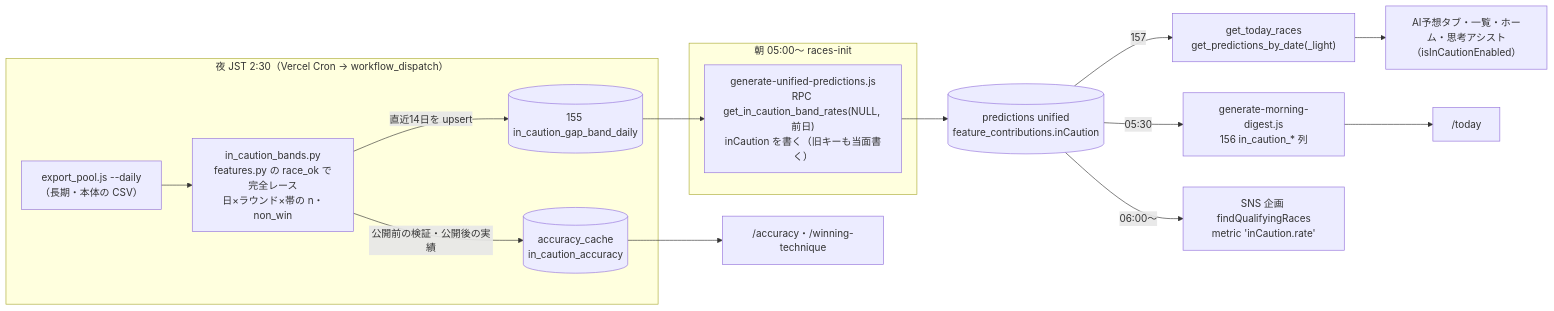
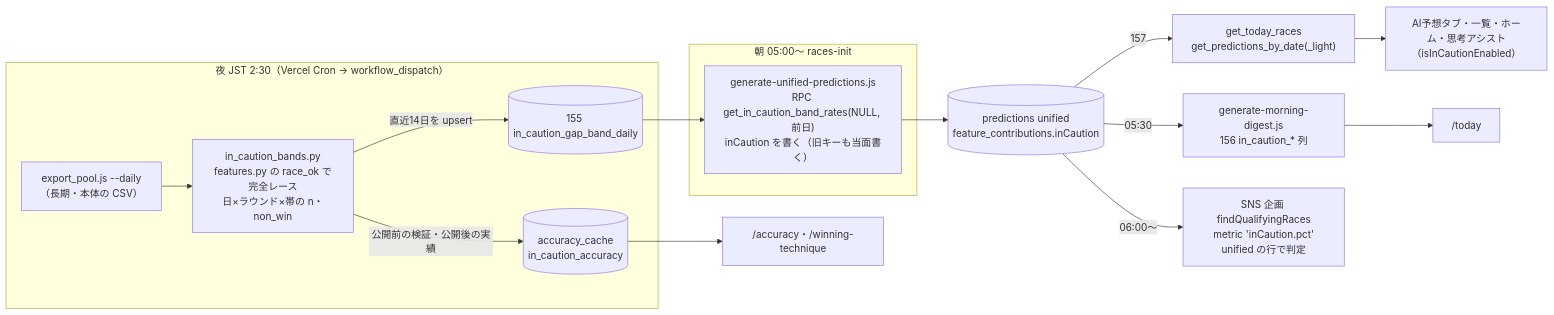
Before and after one commit to rhapsody0919/boatrace-ai-predictor: the first of 2 diagrams in docs/design/in-collapse-caution/plan.md, drawn with Mermaid. The commit also changed other lines of this file and 6 other files, not shown here.

First line of the commit message:
docs: BOA-822 plan に system-architect の指摘を反映

````diff
--- a/docs/design/in-collapse-caution/plan.md
+++ b/docs/design/in-collapse-caution/plan.md
@@ -7,19 +7,19 @@
 ```mermaid
 flowchart LR
   subgraph 夜["夜 JST 2:30（Vercel Cron → workflow_dispatch）"]
     X["export_pool.js --daily<br/>（長期・本体の CSV）"] --> P["in_caution_bands.py<br/>features.py の race_ok で完全レース<br/>日×ラウンド×帯の n・non_win"]
     P -->|直近14日を upsert| T[("155 in_caution_gap_band_daily")]
     P -->|公開前の検証・公開後の実績| AC[("accuracy_cache<br/>in_caution_accuracy")]
   end
   subgraph 朝["朝 05:00〜 races-init"]
     G["generate-unified-predictions.js<br/>RPC get_in_caution_band_rates(NULL, 前日)<br/>inCaution を書く（旧キーも当面書く）"]
   end
   T --> G
   G --> PR[("predictions unified<br/>feature_contributions.inCaution")]
   PR -->|157| R1["get_today_races<br/>get_predictions_by_date(_light)"]
   PR -->|05:30| D["generate-morning-digest.js<br/>156 in_caution_* 列"]
-  PR -->|06:00〜| S["SNS 企画 findQualifyingRaces<br/>metric 'inCaution.rate'"]
+  PR -->|06:00〜| S["SNS 企画 findQualifyingRaces<br/>metric 'inCaution.pct'<br/>unified の行で判定"]
   R1 --> UI["AI予想タブ・一覧・ホーム・思考アシスト<br/>（isInCautionEnabled）"]
   D --> TD["/today"]
   AC --> ACC["/accuracy・/winning-technique"]
 ```
````
